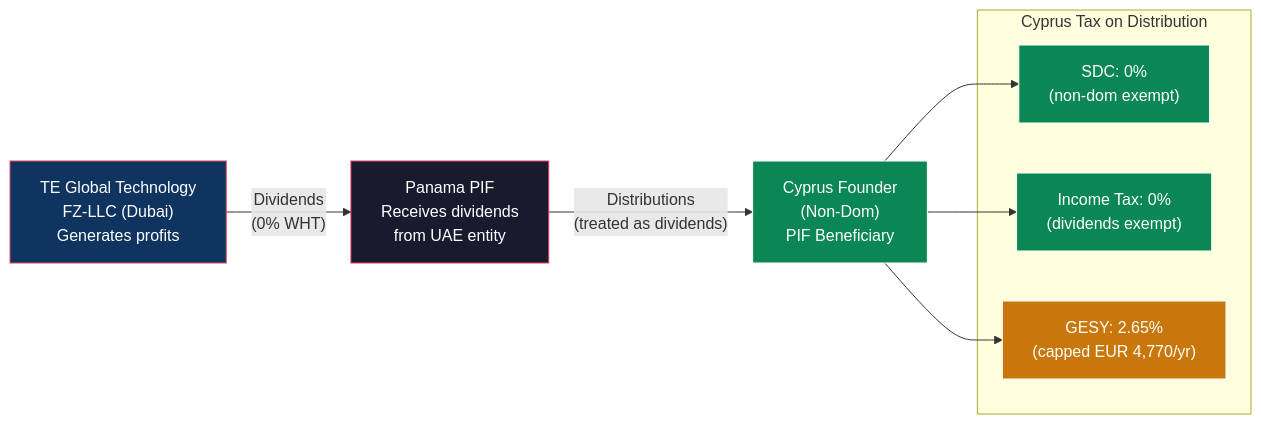
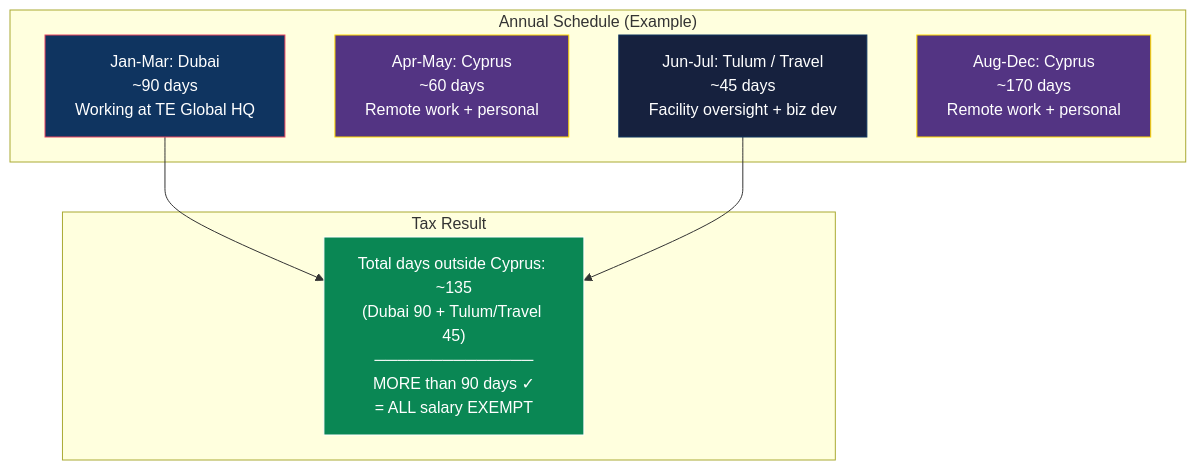
The third of 5 diagrams in docs/strategy/CYPRUS_FOUNDER_INTEGRATION.md (Light-Brands/epic-center), drawn with Mermaid before and after one commit. The commit also changed other lines of this file and 2 other files, not shown here.

First line of the commit message:
Rewrite Cyprus strategy for domiciled resident, preserve non-dom reference

````diff
--- a/docs/strategy/CYPRUS_FOUNDER_INTEGRATION.md
+++ b/docs/strategy/CYPRUS_FOUNDER_INTEGRATION.md
@@ -209,26 +132,22 @@
 ```mermaid
-graph LR
-    UAE["TE Global Technology<br/>FZ-LLC (Dubai)<br/>Generates profits"]
-    PIF["Panama PIF<br/>Receives dividends<br/>from UAE entity"]
-    CY["Cyprus Founder<br/>(Non-Dom)<br/>PIF Beneficiary"]
-
-    UAE -->|"Dividends<br/>(0% WHT)"| PIF
-    PIF -->|"Distributions<br/>(treated as dividends)"| CY
-
-    subgraph "Cyprus Tax on Distribution"
-        SDC["SDC: 0%<br/>(non-dom exempt)"]
-        IT["Income Tax: 0%<br/>(dividends exempt)"]
-        GESY["GESY: 2.65%<br/>(capped EUR 4,770/yr)"]
+graph TB
+    subgraph "Annual Schedule (Example)"
+        JAN["Jan-Mar: Dubai<br/>~90 days<br/>Working at TE Global HQ"]
+        APR["Apr-May: Cyprus<br/>~60 days<br/>Remote work + personal"]
+        JUN["Jun-Jul: Tulum / Travel<br/>~45 days<br/>Facility oversight + biz dev"]
+        AUG["Aug-Dec: Cyprus<br/>~170 days<br/>Remote work + personal"]
     end
 
-    CY --> SDC
-    CY --> IT
-    CY --> GESY
+    subgraph "Tax Result"
+        TOTAL_OUT["Total days outside Cyprus: ~135<br/>(Dubai 90 + Tulum/Travel 45)<br/>──────────────<br/>MORE than 90 days ✓<br/>= ALL salary EXEMPT"]
+    end
 
-    style UAE fill:#0f3460,stroke:#e94560,color:#fff
-    style PIF fill:#1a1a2e,stroke:#e94560,color:#fff
-    style CY fill:#0a8754,stroke:#fff,color:#fff
-    style SDC fill:#0a8754,stroke:#fff,color:#fff
-    style IT fill:#0a8754,stroke:#fff,color:#fff
-    style GESY fill:#c9770a,stroke:#fff,color:#fff
+    JAN --> TOTAL_OUT
+    JUN --> TOTAL_OUT
+
+    style JAN fill:#0f3460,stroke:#e94560,color:#fff
+    style APR fill:#533483,stroke:#ffd700,color:#fff
+    style JUN fill:#16213e,stroke:#0f3460,color:#fff
+    style AUG fill:#533483,stroke:#ffd700,color:#fff
+    style TOTAL_OUT fill:#0a8754,stroke:#fff,color:#fff
 ```
````
